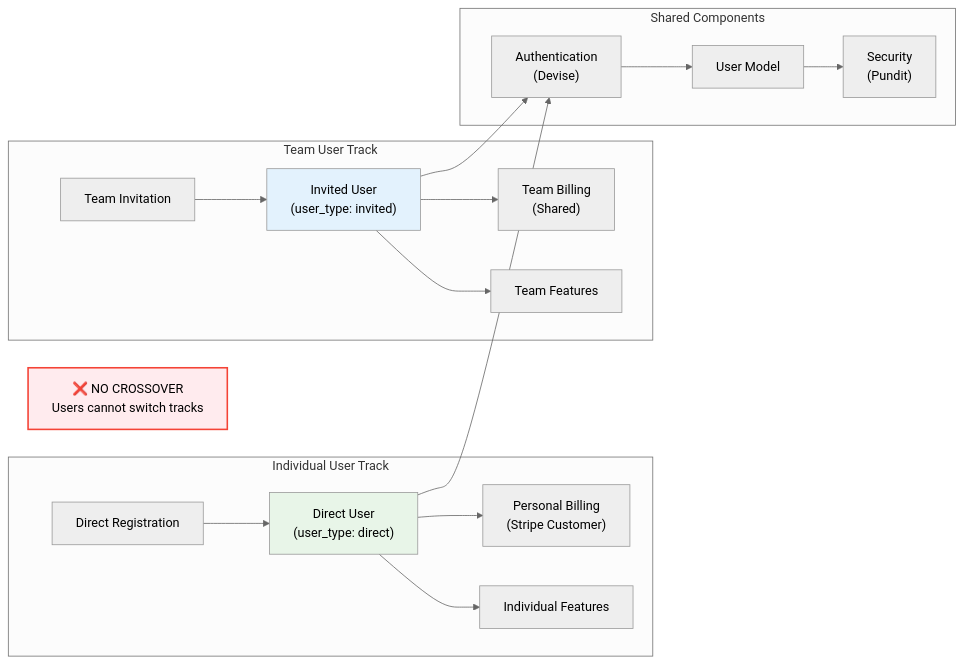
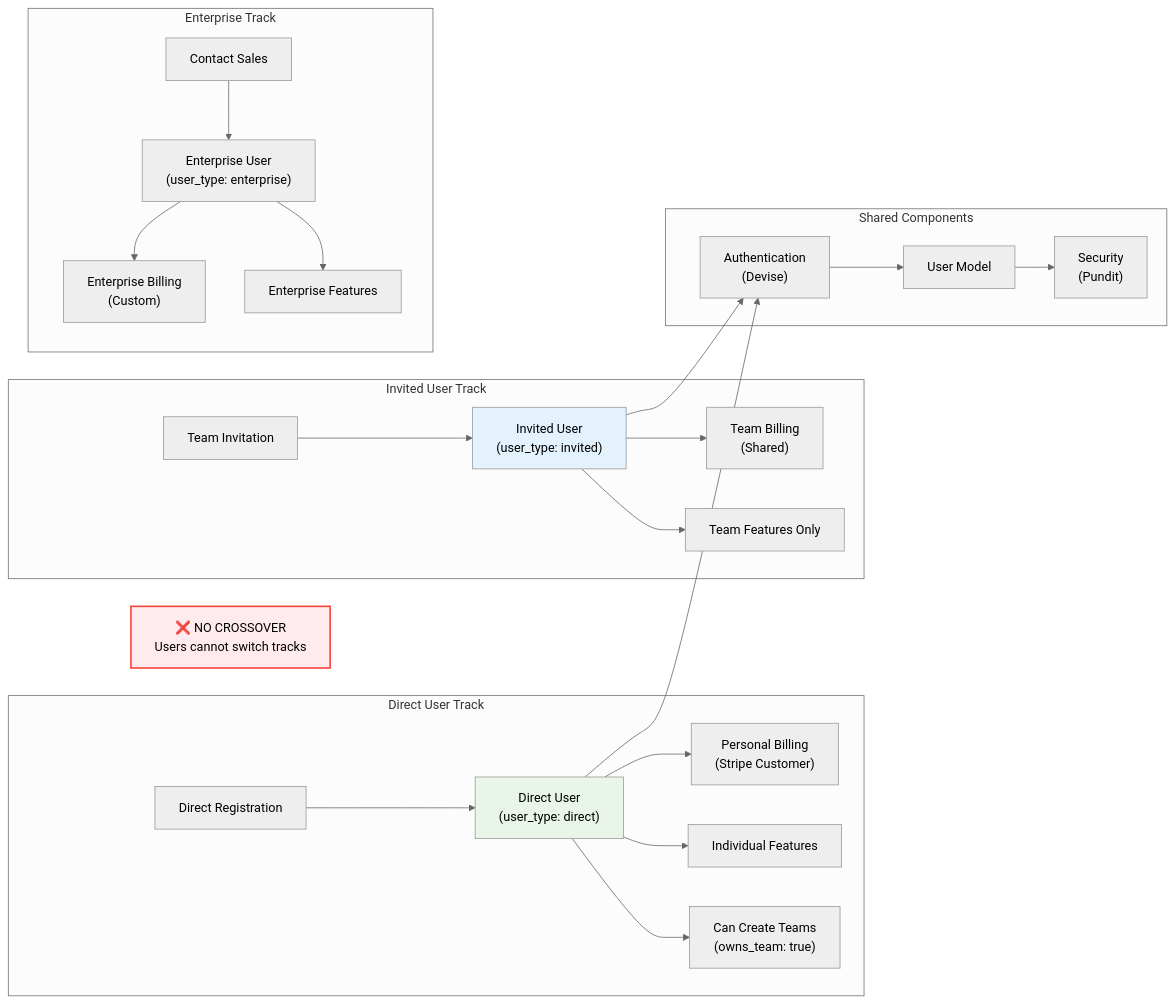
Before and after one commit to ashack/portfolio: the second of 8 diagrams in docs/architecture/ARCHITECTURE.md, drawn with Mermaid (neutral theme). The commit also changed other lines of this file and 57 other files, not shown here.

````diff
--- a/docs/architecture/ARCHITECTURE.md
+++ b/docs/architecture/ARCHITECTURE.md
@@ -73,41 +77,54 @@
 ```mermaid
 graph LR
-    subgraph "Individual User Track"
+    subgraph "Direct User Track"
         DirectReg["Direct Registration"]
         DirectUser["Direct User<br/>(user_type: direct)"]
         PersonalBilling["Personal Billing<br/>(Stripe Customer)"]
         DirectFeatures["Individual Features"]
+        TeamCreation["Can Create Teams<br/>(owns_team: true)"]
         
         DirectReg --> DirectUser
         DirectUser --> PersonalBilling
         DirectUser --> DirectFeatures
+        DirectUser --> TeamCreation
     end
     
-    subgraph "Team User Track"
+    subgraph "Invited User Track"
         TeamInvite["Team Invitation"]
         InvitedUser["Invited User<br/>(user_type: invited)"]
         TeamBilling["Team Billing<br/>(Shared)"]
-        TeamFeatures["Team Features"]
+        TeamFeatures["Team Features Only"]
         
         TeamInvite --> InvitedUser
         InvitedUser --> TeamBilling
         InvitedUser --> TeamFeatures
+    end
+    
+    subgraph "Enterprise Track"
+        ContactSales["Contact Sales"]
+        EnterpriseUser["Enterprise User<br/>(user_type: enterprise)"]
+        EnterpriseBilling["Enterprise Billing<br/>(Custom)"]
+        EnterpriseFeatures["Enterprise Features"]
+        
+        ContactSales --> EnterpriseUser
+        EnterpriseUser --> EnterpriseBilling
+        EnterpriseUser --> EnterpriseFeatures
     end
     
     subgraph "Shared Components"
         Auth["Authentication<br/>(Devise)"]
         UserModel["User Model"]
         Security["Security<br/>(Pundit)"]
     end
     
     DirectUser --> Auth
     InvitedUser --> Auth
     Auth --> UserModel
     UserModel --> Security
     
     NoXover["❌ NO CROSSOVER<br/>Users cannot switch tracks"]
     
     style NoXover fill:#ffebee,stroke:#f44336,stroke-width:2px
     style DirectUser fill:#e8f5e8
     style InvitedUser fill:#e3f2fd
 ```
````
